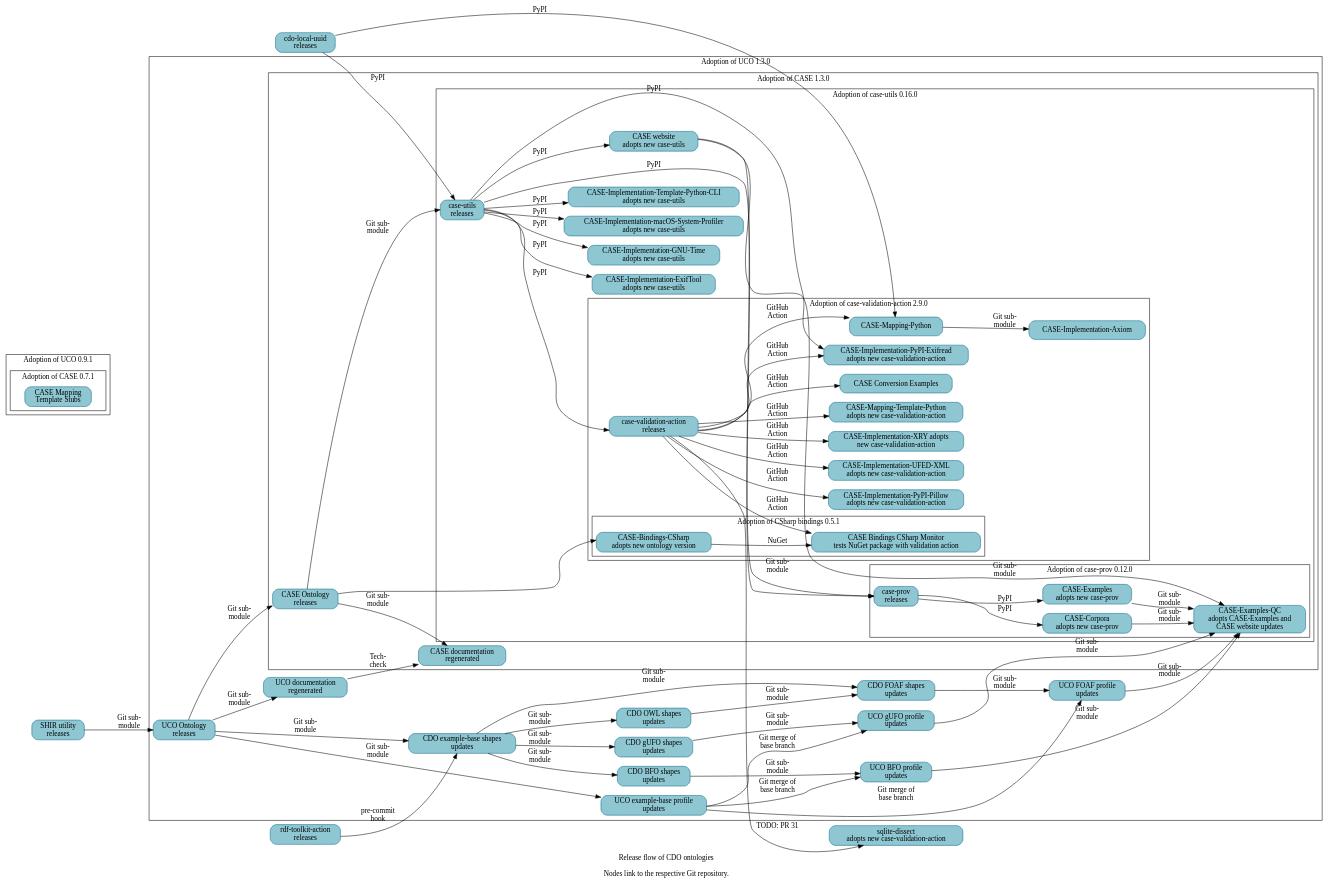
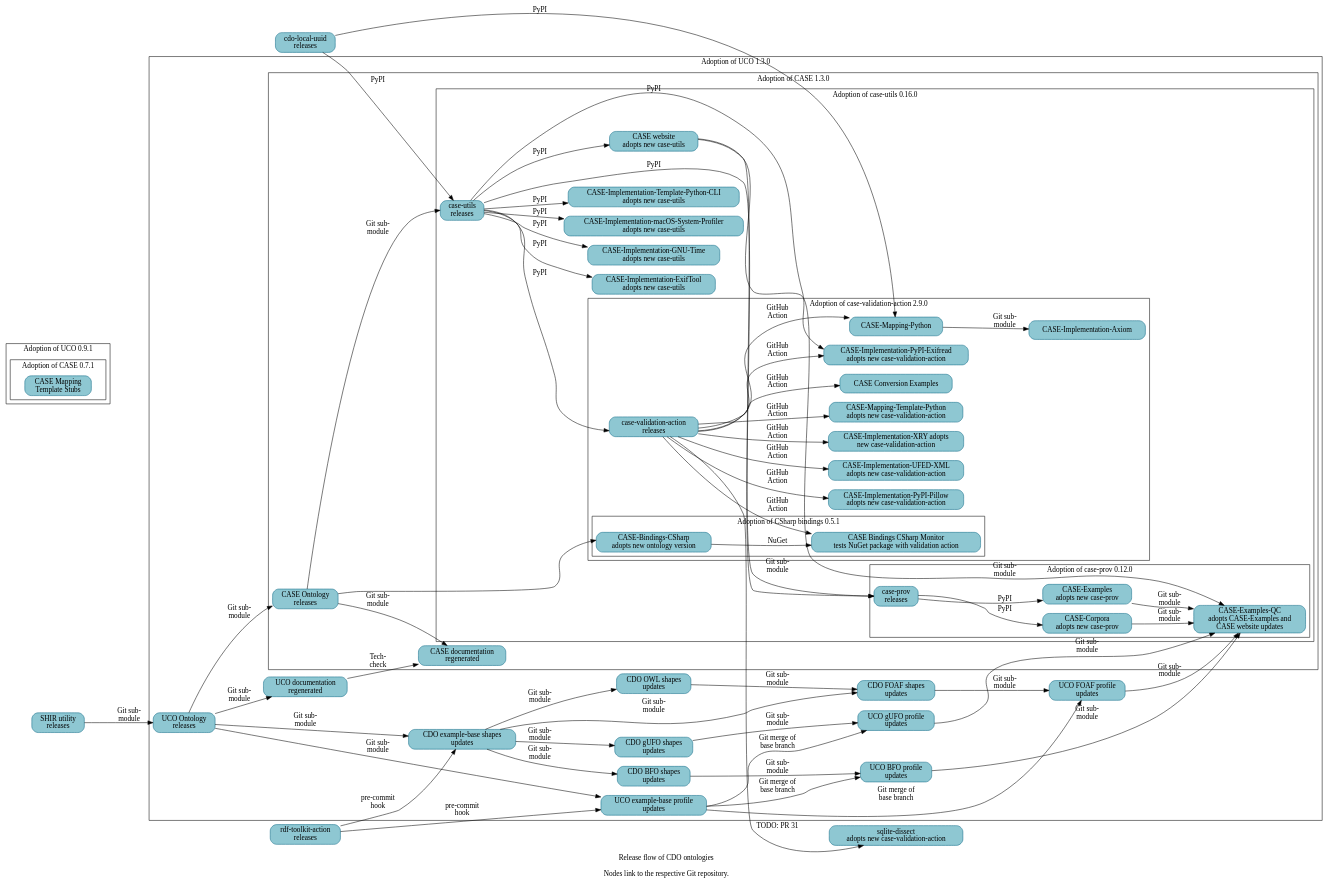
One commit to Cyber-Domain-Ontology/cdo.github.io changed the diagram in resources/project_release_flow.dot. Above: the diagram before and after it, drawn with Graphviz.

Commit message:
Link rdf-toolkit-action into supply chain for UCO-Profile-Example
A follow-on patch will regenerate Make-managed files.

```diff
--- a/resources/project_release_flow.dot
+++ b/resources/project_release_flow.dot
@@ -1,140 +1,141 @@
 digraph "cdo_release_flow" {
   label = "Release flow of CDO ontologies\n\nNodes link to the respective Git repository." ;
   rankdir = "LR" ;
   node [shape="rectangle" style="filled,rounded" fillcolor="#8EC7D2" color="#0D6986"] ;
 
   // Define nodes in their corresponding progress subgraph.
 
   _GH__CYBER_DOMAIN_ONTOLOGY__CDO_UTILITY_LOCAL_UUID [URL="https://github.com/Cyber-Domain-Ontology/CDO-Utility-Local-UUID" label="cdo-local-uuid\nreleases"] ;
 
   subgraph cluster_uco_0_9_1 {
     label = "Adoption of UCO 0.9.1" ;
 
     subgraph cluster_case_0_7_1 {
       label = "Adoption of CASE 0.7.1" ;
       _GH__CASEWORK__CASE_MAPPING_TEMPLATE_STUBS [URL="https://github.com/casework/CASE-Mapping-Template-Stubs" label="CASE Mapping\nTemplate Stubs"] ;
     }
   }
 
   subgraph cluster_uco_1_3_0 {
     label = "Adoption of UCO 1.3.0" ;
 
     _GH__CYBER_DOMAIN_ONTOLOGY__CDO_SHAPES_BFO [URL="https://github.com/Cyber-Domain-Ontology/CDO-Shapes-BFO" label="CDO BFO shapes\nupdates"] ;
     _GH__CYBER_DOMAIN_ONTOLOGY__CDO_SHAPES_EXAMPLE [URL="https://github.com/Cyber-Domain-Ontology/CDO-Shapes-Example" label="CDO example-base shapes\nupdates"] ;
     _GH__CYBER_DOMAIN_ONTOLOGY__CDO_SHAPES_FOAF [URL="https://github.com/Cyber-Domain-Ontology/CDO-Shapes-FOAF" label="CDO FOAF shapes\nupdates"] ;
     _GH__CYBER_DOMAIN_ONTOLOGY__CDO_SHAPES_GUFO [URL="https://github.com/Cyber-Domain-Ontology/CDO-Shapes-gufo" label="CDO gUFO shapes\nupdates"] ;
     _GH__CYBER_DOMAIN_ONTOLOGY__CDO_SHAPES_OWL [URL="https://github.com/Cyber-Domain-Ontology/CDO-Shapes-OWL" label="CDO OWL shapes\nupdates"] ;
     _GH__UCOPROJECT__ONTOLOGY_UNIFIEDCYBERONTOLOGY_ORG [URL="https://github.com/ucoProject/ontology.unifiedcyberontology.org" label="UCO documentation\nregenerated"] ;
     _GH__UCOPROJECT__UCO [URL="https://github.com/ucoProject/UCO" label="UCO Ontology\nreleases"] ;
     _GH__UCOPROJECT__UCO_PROFILE_BFO [URL="https://github.com/ucoProject/UCO-Profile-BFO" label="UCO BFO profile\nupdates"] ;
     _GH__UCOPROJECT__UCO_PROFILE_EXAMPLE [URL="https://github.com/ucoProject/UCO-Profile-Example" label="UCO example-base profile\nupdates"] ;
     _GH__UCOPROJECT__UCO_PROFILE_FOAF [URL="https://github.com/ucoProject/UCO-Profile-FOAF" label="UCO FOAF profile\nupdates"] ;
     _GH__UCOPROJECT__UCO_PROFILE_GUFO [URL="https://github.com/ucoProject/UCO-Profile-gufo" label="UCO gUFO profile\nupdates"] ;
 
     subgraph cluster_case_1_3_0 {
       label = "Adoption of CASE 1.3.0" ;
 
       _GH__CASEWORK__CASE [URL="https://github.com/casework/CASE" label="CASE Ontology\nreleases"] ;
       _GH__CASEWORK__ONTOLOGY_CASEONTOLOGY_ORG [URL="https://github.com/casework/ontology.caseontology.org" label="CASE documentation\nregenerated"] ;
 
       subgraph cluster_case_utils_0_16_0 {
         label = "Adoption of case-utils 0.16.0" ;
 
         _GH__CASEWORK__CASE_IMPLEMENTATION_EXIFTOOL [URL="https://github.com/casework/CASE-Implementation-ExifTool" label="CASE-Implementation-ExifTool\nadopts new case-utils"] ;
         _GH__CASEWORK__CASE_IMPLEMENTATION_GNU_TIME [URL="https://github.com/casework/CASE-Implementation-GNU-Time" label="CASE-Implementation-GNU-Time\nadopts new case-utils"] ;
         _GH__CASEWORK__CASE_IMPLEMENTATION_MACOS_SYSTEM_PROFILER [URL="https://github.com/casework/CASE-Implementation-macOS-System-Profiler" label="CASE-Implementation-macOS-System-Profiler\nadopts new case-utils"] ;
         _GH__CASEWORK__CASE_IMPLEMENTATION_TEMPLATE_PYTHON_CLI [URL="https://github.com/casework/CASE-Implementation-Template-Python-CLI" label="CASE-Implementation-Template-Python-CLI\nadopts new case-utils"]
         _GH__CASEWORK__CASE_UTILITIES_PYTHON [URL="https://github.com/casework/CASE-Utilities-Python" label="case-utils\nreleases"] ;
         _GH__CASEWORK__CASEWORK_GITHUB_IO [URL="https://github.com/casework/casework.github.io" label="CASE website\nadopts new case-utils"] ;
 
         subgraph cluster_case_prov_0_12_0 {
           label = "Adoption of case-prov 0.12.0" ;
 
           _GH__AJNELSON_NIST__CASE_EXAMPLES_QC [URL="https://github.com/ajnelson-nist/CASE-Examples-QC" label="CASE-Examples-QC\nadopts CASE-Examples and\nCASE website updates"] ;
           _GH__CASEWORK__CASE_CORPORA [URL="https://github.com/casework/CASE-Corpora" label="CASE-Corpora\nadopts new case-prov"] ;
           _GH__CASEWORK__CASE_EXAMPLES [URL="https://github.com/casework/CASE-Examples" label="CASE-Examples\nadopts new case-prov"] ;
           _GH__CASEWORK__CASE_IMPLEMENTATION_PROV_O [URL="https://github.com/casework/CASE-Implementation-PROV-O" label="case-prov\nreleases"] ;
         }
 
         subgraph cluster_case_validation_action_2_9_0 {
           label = "Adoption of case-validation-action 2.9.0" ;
 
           _GH__CASEWORK__CASE_EXAMPLES_CONVERSION [URL="https://github.com/casework/CASE-Examples-Conversion" label="CASE Conversion Examples"] ;
           _GH__CASEWORK__CASE_IMPLEMENTATION_PYPI_EXIFREAD [URL="https://github.com/casework/CASE-Implementation-PyPI-Exifread" label="CASE-Implementation-PyPI-Exifread\nadopts new case-validation-action"] ;
           _GH__CASEWORK__CASE_IMPLEMENTATION_PYPI_PILLOW [URL="https://github.com/casework/CASE-Implementation-PyPI-Pillow" label="CASE-Implementation-PyPI-Pillow\nadopts new case-validation-action"] ;
           _GH__CASEWORK__CASE_IMPLEMENTATION_UFED_XML [URL="https://github.com/casework/CASE-Implementation-UFED-XML" label="CASE-Implementation-UFED-XML\nadopts new case-validation-action"] ;
           _GH__CASEWORK__CASE_IMPLEMENTATION_XRY [URL="https://github.com/casework/CASE-Implementation-XRY" label="CASE-Implementation-XRY adopts\nnew case-validation-action"] ;
           _GH__CASEWORK__CASE_MAPPING_PYTHON [URL="https://github.com/casework/CASE-Mapping-Python/" label="CASE-Mapping-Python"] ;
           _GH__CASEWORK__CASE_MAPPING_TEMPLATE_PYTHON [URL="https://github.com/casework/CASE-Mapping-Template-Python" label="CASE-Mapping-Template-Python\nadopts new case-validation-action"] ;
           _GH__CASEWORK__CASE_IMPLEMENTATION_AXIOM [URL="https://github.com/casework/CASE-Implementation-Axiom" label="CASE-Implementation-Axiom"] ;
           _GH__KCHASON__CASE_VALIDATION_ACTION [URL="https://github.com/kchason/case-validation-action" label="case-validation-action\nreleases"] ;
 
           subgraph cluster_case_bindings_csharp_0_5_1 {
             label = "Adoption of CSharp bindings 0.5.1" ;
 
             _GH__CASEWORK__CASE_BINDINGS_CSHARP_MONITOR [URL="https://github.com/casework/CASE-Bindings-CSharp-Monitor" label="CASE Bindings CSharp Monitor\ntests NuGet package with validation action"] ;
             _GH__CIPHERTECHSOLUTIONS__CASE_BINDINGS_CSHARP [URL="https://github.com/ciphertechsolutions/CASE-Bindings-CSharp" label="CASE-Bindings-CSharp\nadopts new ontology version"] ;
           }
         }
       }
     }
   }
 
   _GH__CASEWORK__CASE_UTILITY_SHACL_INHERITANCE_REVIEWER [URL="https://github.com/casework/CASE-Utility-SHACL-Inheritance-Reviewer" label="SHIR utility\nreleases"] ;
   _GH__CASEWORK__RDF_TOOLKIT_ACTION [URL="https://github.com/casework/rdf-toolkit-action" label="rdf-toolkit-action\nreleases"] ;
   _GH__DOD_CYBER_CRIME_CENTER__SQLITE_DISSECT [URL="https://github.com/dod-cyber-crime-center/sqlite-dissect" label="sqlite-dissect\nadopts new case-validation-action"] ;
 
   // Begin edges
 
   _GH__CASEWORK__CASEWORK_GITHUB_IO -> _GH__CASEWORK__CASE_IMPLEMENTATION_PROV_O [label="Git sub-\nmodule"] ;
   _GH__CASEWORK__CASE_CORPORA -> _GH__AJNELSON_NIST__CASE_EXAMPLES_QC [label="Git sub-\nmodule"] ;
   _GH__CASEWORK__CASE -> _GH__CASEWORK__CASE_UTILITIES_PYTHON [label="Git sub-\nmodule"] ;
   _GH__CASEWORK__CASE -> _GH__CIPHERTECHSOLUTIONS__CASE_BINDINGS_CSHARP ;
   _GH__CASEWORK__CASE -> _GH__CASEWORK__ONTOLOGY_CASEONTOLOGY_ORG [label="Git sub-\nmodule"] ; 
   _GH__CASEWORK__CASE_EXAMPLES -> _GH__AJNELSON_NIST__CASE_EXAMPLES_QC [label="Git sub-\nmodule"] ;
   _GH__CASEWORK__CASE_IMPLEMENTATION_PROV_O -> _GH__CASEWORK__CASE_CORPORA [label="PyPI"] ;
   _GH__CASEWORK__CASE_IMPLEMENTATION_PROV_O -> _GH__CASEWORK__CASE_EXAMPLES [label="PyPI"] ;
   _GH__CASEWORK__CASE_MAPPING_PYTHON -> _GH__CASEWORK__CASE_IMPLEMENTATION_AXIOM [label="Git sub-\nmodule"] ;
   _GH__CASEWORK__CASE_UTILITIES_PYTHON -> _GH__CASEWORK__CASE_IMPLEMENTATION_EXIFTOOL [label="PyPI"] ;
   _GH__CASEWORK__CASE_UTILITIES_PYTHON -> _GH__CASEWORK__CASE_IMPLEMENTATION_GNU_TIME [label="PyPI"] ;
   _GH__CASEWORK__CASE_UTILITIES_PYTHON -> _GH__CASEWORK__CASE_IMPLEMENTATION_MACOS_SYSTEM_PROFILER [label="PyPI"] ;
   _GH__CASEWORK__CASE_UTILITIES_PYTHON -> _GH__CASEWORK__CASE_IMPLEMENTATION_PROV_O [label="PyPI"] ;
   _GH__CASEWORK__CASE_UTILITIES_PYTHON -> _GH__CASEWORK__CASE_IMPLEMENTATION_PYPI_EXIFREAD [label="PyPI"] ;
   _GH__CASEWORK__CASE_UTILITIES_PYTHON -> _GH__CASEWORK__CASE_IMPLEMENTATION_TEMPLATE_PYTHON_CLI [label="PyPI"];
   _GH__CASEWORK__CASE_UTILITIES_PYTHON -> _GH__KCHASON__CASE_VALIDATION_ACTION [label="PyPI"] ;
   _GH__CASEWORK__CASE_UTILITIES_PYTHON -> _GH__CASEWORK__CASEWORK_GITHUB_IO [label="PyPI"] ;
   _GH__CASEWORK__CASE_UTILITY_SHACL_INHERITANCE_REVIEWER -> _GH__UCOPROJECT__UCO [label="Git sub-\nmodule"] ;
   _GH__CASEWORK__CASEWORK_GITHUB_IO -> _GH__AJNELSON_NIST__CASE_EXAMPLES_QC [label="Git sub-\nmodule"] ;
   _GH__CASEWORK__RDF_TOOLKIT_ACTION -> _GH__CYBER_DOMAIN_ONTOLOGY__CDO_SHAPES_EXAMPLE [label="pre-commit\nhook"] ;
+  _GH__CASEWORK__RDF_TOOLKIT_ACTION -> _GH__UCOPROJECT__UCO_PROFILE_EXAMPLE [label="pre-commit\nhook"] ;
   _GH__CIPHERTECHSOLUTIONS__CASE_BINDINGS_CSHARP -> _GH__CASEWORK__CASE_BINDINGS_CSHARP_MONITOR [label="NuGet"] ;
   _GH__CYBER_DOMAIN_ONTOLOGY__CDO_UTILITY_LOCAL_UUID -> _GH__CASEWORK__CASE_MAPPING_PYTHON [label="PyPI"] ;
   _GH__CYBER_DOMAIN_ONTOLOGY__CDO_UTILITY_LOCAL_UUID -> _GH__CASEWORK__CASE_UTILITIES_PYTHON [label="PyPI"] ;
   _GH__CYBER_DOMAIN_ONTOLOGY__CDO_SHAPES_BFO -> _GH__UCOPROJECT__UCO_PROFILE_BFO [label="Git sub-\nmodule"] ;
   _GH__CYBER_DOMAIN_ONTOLOGY__CDO_SHAPES_EXAMPLE -> _GH__CYBER_DOMAIN_ONTOLOGY__CDO_SHAPES_BFO [label="Git sub-\nmodule"] ;
   _GH__CYBER_DOMAIN_ONTOLOGY__CDO_SHAPES_EXAMPLE -> _GH__CYBER_DOMAIN_ONTOLOGY__CDO_SHAPES_FOAF [label="Git sub-\nmodule"] ;
   _GH__CYBER_DOMAIN_ONTOLOGY__CDO_SHAPES_EXAMPLE -> _GH__CYBER_DOMAIN_ONTOLOGY__CDO_SHAPES_GUFO [label="Git sub-\nmodule"] ;
   _GH__CYBER_DOMAIN_ONTOLOGY__CDO_SHAPES_EXAMPLE -> _GH__CYBER_DOMAIN_ONTOLOGY__CDO_SHAPES_OWL [label="Git sub-\nmodule"] ;
   _GH__CYBER_DOMAIN_ONTOLOGY__CDO_SHAPES_FOAF -> _GH__UCOPROJECT__UCO_PROFILE_FOAF [label="Git sub-\nmodule"] ;
   _GH__CYBER_DOMAIN_ONTOLOGY__CDO_SHAPES_GUFO -> _GH__UCOPROJECT__UCO_PROFILE_GUFO [label="Git sub-\nmodule"] ;
   _GH__CYBER_DOMAIN_ONTOLOGY__CDO_SHAPES_OWL -> _GH__CYBER_DOMAIN_ONTOLOGY__CDO_SHAPES_FOAF [label="Git sub-\nmodule"] ;
   _GH__KCHASON__CASE_VALIDATION_ACTION -> _GH__CASEWORK__CASE_BINDINGS_CSHARP_MONITOR [label="GitHub\nAction"] ;
   _GH__KCHASON__CASE_VALIDATION_ACTION -> _GH__CASEWORK__CASE_EXAMPLES_CONVERSION [label="GitHub\nAction"];
   _GH__KCHASON__CASE_VALIDATION_ACTION -> _GH__CASEWORK__CASE_IMPLEMENTATION_PYPI_EXIFREAD [label="GitHub\nAction"] ;
   _GH__KCHASON__CASE_VALIDATION_ACTION -> _GH__CASEWORK__CASE_IMPLEMENTATION_PYPI_PILLOW [label="GitHub\nAction"] ;
   _GH__KCHASON__CASE_VALIDATION_ACTION -> _GH__CASEWORK__CASE_IMPLEMENTATION_UFED_XML [label="GitHub\nAction"] ;
   _GH__KCHASON__CASE_VALIDATION_ACTION -> _GH__CASEWORK__CASE_IMPLEMENTATION_XRY [label="GitHub\nAction"] ;
   _GH__KCHASON__CASE_VALIDATION_ACTION -> _GH__CASEWORK__CASE_MAPPING_PYTHON [label="GitHub\nAction"] ;
   _GH__KCHASON__CASE_VALIDATION_ACTION -> _GH__CASEWORK__CASE_MAPPING_TEMPLATE_PYTHON [label="GitHub\nAction"] ;
   _GH__KCHASON__CASE_VALIDATION_ACTION -> _GH__DOD_CYBER_CRIME_CENTER__SQLITE_DISSECT [URL="https://github.com/dod-cyber-crime-center/sqlite-dissect/pull/31" label="TODO: PR 31"] ;
   _GH__UCOPROJECT__ONTOLOGY_UNIFIEDCYBERONTOLOGY_ORG -> _GH__CASEWORK__ONTOLOGY_CASEONTOLOGY_ORG [label="Tech-\ncheck"];
   _GH__UCOPROJECT__UCO -> _GH__CASEWORK__CASE [label="Git sub-\nmodule"] ;
   _GH__UCOPROJECT__UCO -> _GH__CYBER_DOMAIN_ONTOLOGY__CDO_SHAPES_EXAMPLE [label="Git sub-\nmodule"] ;
   _GH__UCOPROJECT__UCO -> _GH__UCOPROJECT__ONTOLOGY_UNIFIEDCYBERONTOLOGY_ORG [label="Git sub-\nmodule"] ;
   _GH__UCOPROJECT__UCO -> _GH__UCOPROJECT__UCO_PROFILE_EXAMPLE [label="Git sub-\nmodule"] ;
   _GH__UCOPROJECT__UCO_PROFILE_BFO -> _GH__AJNELSON_NIST__CASE_EXAMPLES_QC [label="Git sub-\nmodule"] ;
   _GH__UCOPROJECT__UCO_PROFILE_EXAMPLE -> _GH__UCOPROJECT__UCO_PROFILE_BFO [label="Git merge of\nbase branch"] ;
   _GH__UCOPROJECT__UCO_PROFILE_EXAMPLE -> _GH__UCOPROJECT__UCO_PROFILE_FOAF [label="Git merge of\nbase branch"] ;
   _GH__UCOPROJECT__UCO_PROFILE_EXAMPLE -> _GH__UCOPROJECT__UCO_PROFILE_GUFO [label="Git merge of\nbase branch"] ;
   _GH__UCOPROJECT__UCO_PROFILE_FOAF -> _GH__AJNELSON_NIST__CASE_EXAMPLES_QC [label="Git sub-\nmodule"] ;
   _GH__UCOPROJECT__UCO_PROFILE_GUFO -> _GH__AJNELSON_NIST__CASE_EXAMPLES_QC [label="Git sub-\nmodule"] ;
 }
```
